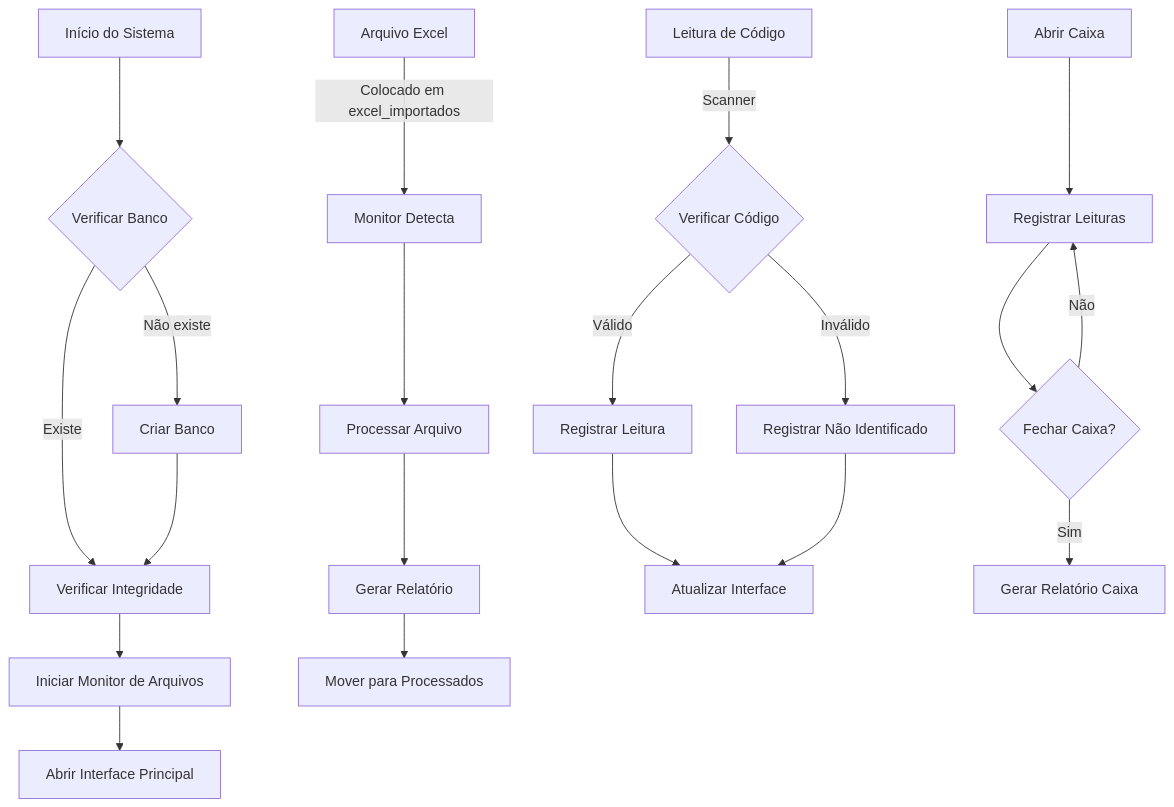
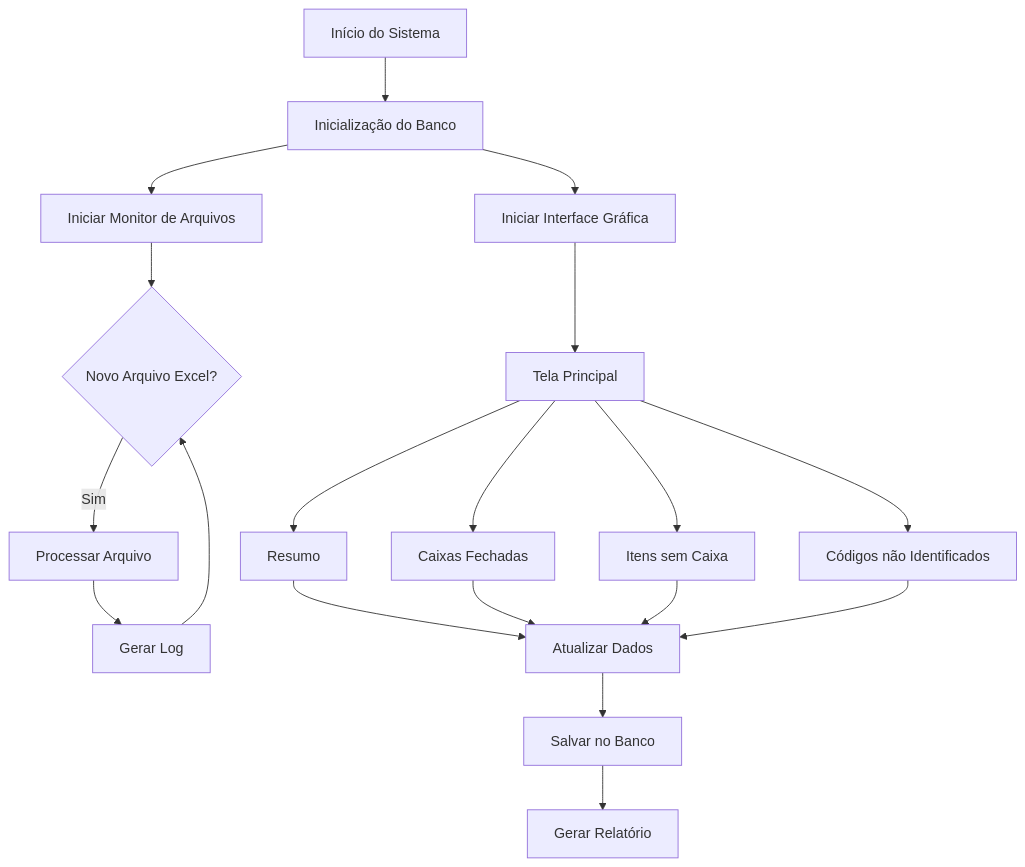
Before and after one commit to Washington-Vieira/leitorCodigo_De_Barras: the diagram in README.md, drawn with Mermaid. The commit also changed other lines of this file, not shown here.

Commit message:
atualizando doc

````diff
--- a/README.md
+++ b/README.md
@@ -648,28 +648,25 @@
 ```mermaid
 graph TD
-    A[Início do Sistema] --> B{Verificar Banco}
-    B -->|Não existe| C[Criar Banco]
-    B -->|Existe| D[Verificar Integridade]
-    C --> D
-    D --> E[Iniciar Monitor de Arquivos]
-    E --> F[Abrir Interface Principal]
+    A[Início do Sistema] --> B[Inicialização do Banco]
+    B --> C[Iniciar Monitor de Arquivos]
+    B --> D[Iniciar Interface Gráfica]
     
-    %% Fluxo de Importação
-    G[Arquivo Excel] -->|Colocado em excel_importados| H[Monitor Detecta]
-    H --> I[Processar Arquivo]
-    I --> J[Gerar Relatório]
-    J --> K[Mover para Processados]
+    C --> E{Novo Arquivo Excel?}
+    E -->|Sim| F[Processar Arquivo]
+    F --> G[Gerar Log]
+    G --> E
     
-    %% Fluxo de Leitura
-    L[Leitura de Código] -->|Scanner| M{Verificar Código}
-    M -->|Válido| N[Registrar Leitura]
-    M -->|Inválido| O[Registrar Não Identificado]
-    N --> P[Atualizar Interface]
-    O --> P
+    D --> H[Tela Principal]
+    H --> I[Resumo]
+    H --> J[Caixas Fechadas]
+    H --> K[Itens sem Caixa]
+    H --> L[Códigos não Identificados]
     
-    %% Fluxo de Caixas
-    Q[Abrir Caixa] --> R[Registrar Leituras]
-    R --> S{Fechar Caixa?}
-    S -->|Sim| T[Gerar Relatório Caixa]
-    S -->|Não| R
-```
+    I --> M[Atualizar Dados]
+    J --> M
+    K --> M
+    L --> M
+    
+    M --> N[Salvar no Banco]
+    N --> O[Gerar Relatório]
+  ```
````
